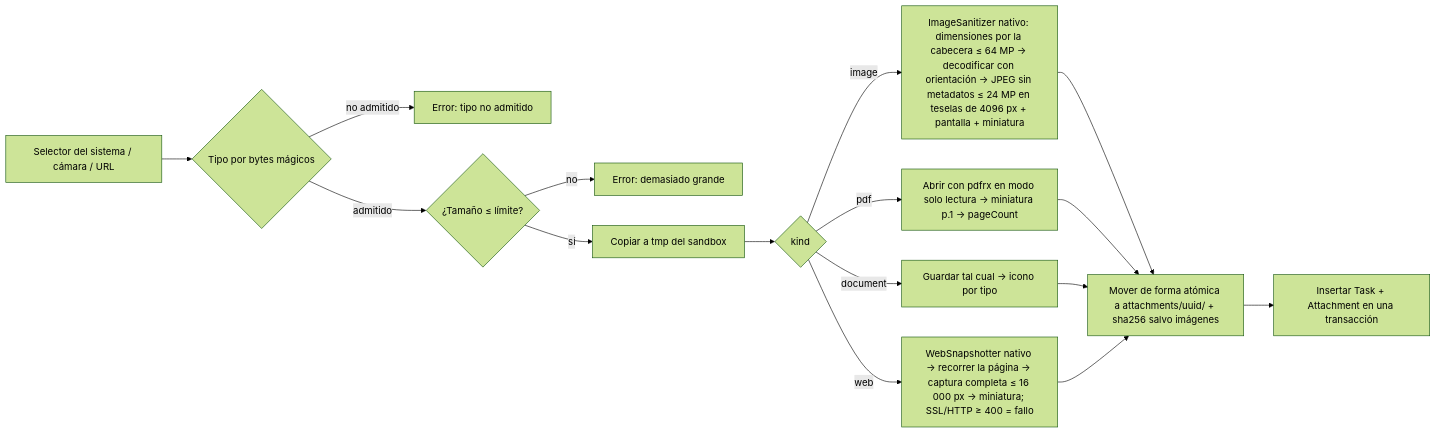
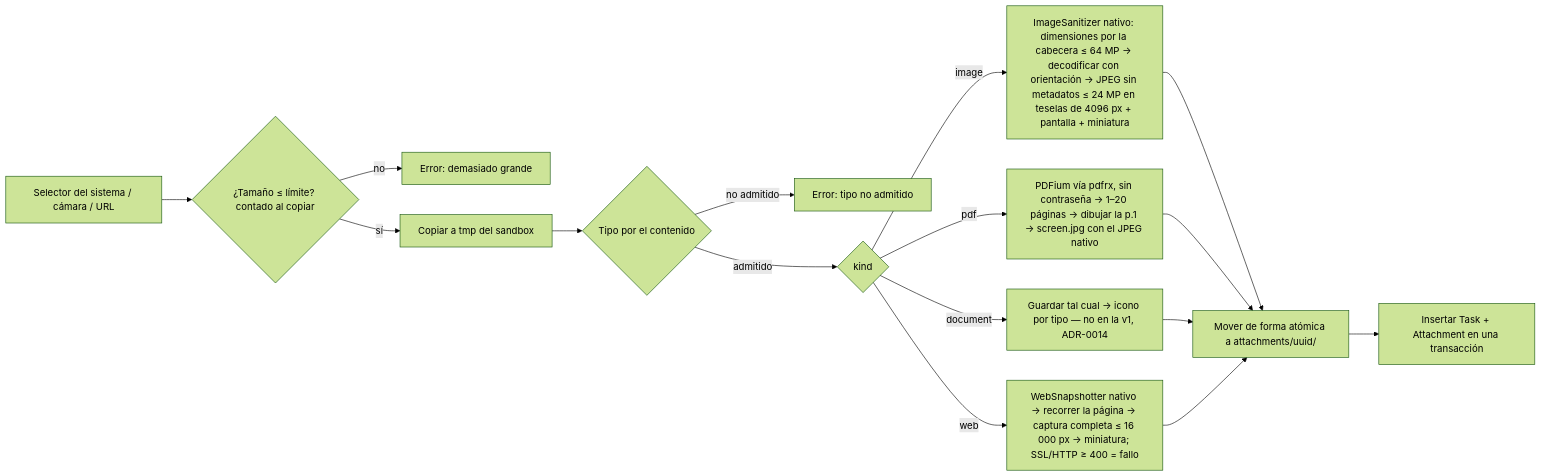
Before and after one commit to svallev/una: the fourth of 4 diagrams in docs/architecture.md, drawn with Mermaid (forest theme). The commit also changed other lines of this file and 148 other files, not shown here.

First line of the commit message:
feat(008): PDF attachments (#14)

````diff
--- a/docs/architecture.md
+++ b/docs/architecture.md
@@ -158,15 +159,15 @@
 ```mermaid
 flowchart LR
-  A[Selector del sistema / cámara / URL] --> B{Tipo por bytes mágicos}
-  B -- no admitido --> X[Error: tipo no admitido]
-  B -- admitido --> C{¿Tamaño ≤ límite?}
+  A[Selector del sistema / cámara / URL] --> C{¿Tamaño ≤ límite? contado al copiar}
   C -- no --> Y[Error: demasiado grande]
   C -- sí --> D[Copiar a tmp del sandbox]
-  D --> E{kind}
+  D --> B{Tipo por el contenido}
+  B -- no admitido --> X[Error: tipo no admitido]
+  B -- admitido --> E{kind}
   E -- image --> F[ImageSanitizer nativo: dimensiones por la cabecera ≤ 64 MP → decodificar con orientación → JPEG sin metadatos ≤ 24 MP en teselas de 4096 px + pantalla + miniatura]
-  E -- pdf --> G[Abrir con pdfrx en modo solo lectura → miniatura p.1 → pageCount]
-  E -- document --> H[Guardar tal cual → icono por tipo]
+  E -- pdf --> G[PDFium vía pdfrx, sin contraseña → 1–20 páginas → dibujar la p.1 → screen.jpg con el JPEG nativo]
+  E -- document --> H[Guardar tal cual → icono por tipo — no en la v1, ADR-0014]
   E -- web --> I[WebSnapshotter nativo → recorrer la página → captura completa ≤ 16 000 px → miniatura; SSL/HTTP ≥ 400 = fallo]
-  F & G & H & I --> J[Mover de forma atómica a attachments/uuid/ + sha256 salvo imágenes]
+  F & G & H & I --> J[Mover de forma atómica a attachments/uuid/]
   J --> K[Insertar Task + Attachment en una transacción]
 ```
````
